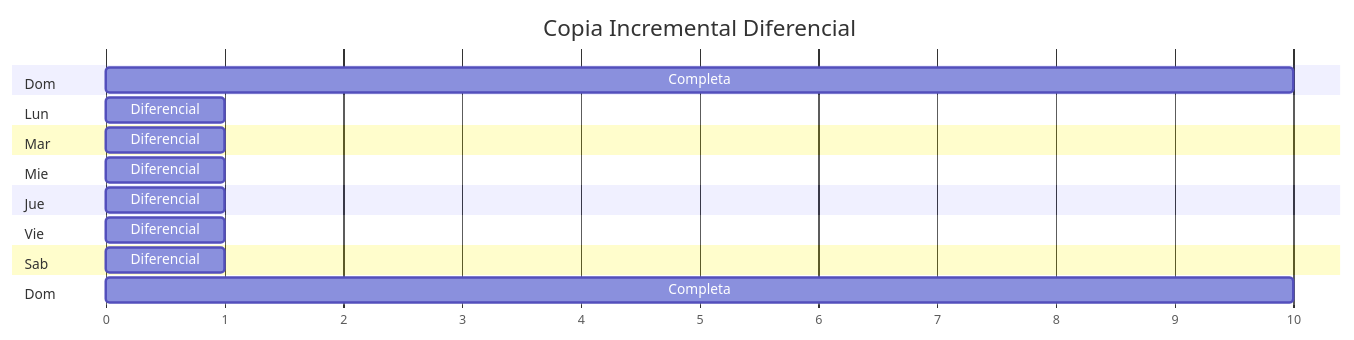
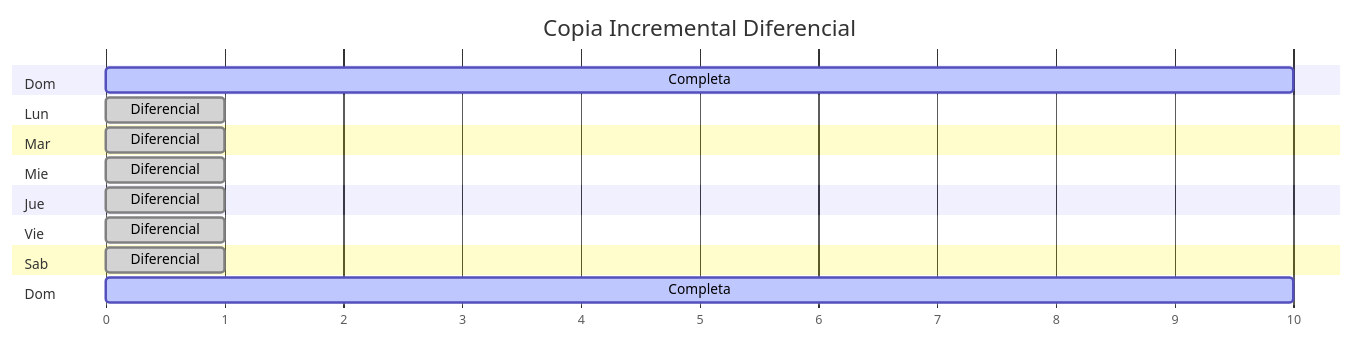
Diagram 12 of 12 in clases/big_data_aplicado/anotaciones/almacenamiento_masivo_datos.md (laralbir/bigdata-ia), drawn with Mermaid before and after one commit. The commit also changed other lines of this file, not shown here.

Commit message:
docs: add color tags to backup gantt charts

````diff
--- a/clases/big_data_aplicado/anotaciones/almacenamiento_masivo_datos.md
+++ b/clases/big_data_aplicado/anotaciones/almacenamiento_masivo_datos.md
@@ -663,23 +663,23 @@
 ```mermaid
 gantt
     title Copia Incremental Diferencial
     dateFormat X
     axisFormat %s
 
     section Dom
-    Completa :0, 10
+    Completa :active, 0, 10
     section Lun
-    Diferencial :0, 1
+    Diferencial :done, 0, 1
     section Mar
-    Diferencial :0, 1
+    Diferencial :done, 0, 1
     section Mie
-    Diferencial :0, 1
+    Diferencial :done, 0, 1
     section Jue
-    Diferencial :0, 1
+    Diferencial :done, 0, 1
     section Vie
-    Diferencial :0, 1
+    Diferencial :done, 0, 1
     section Sab
-    Diferencial :0, 1
+    Diferencial :done, 0, 1
     section Dom 
-    Completa :0, 10
+    Completa :active, 0, 10
 ```
````
